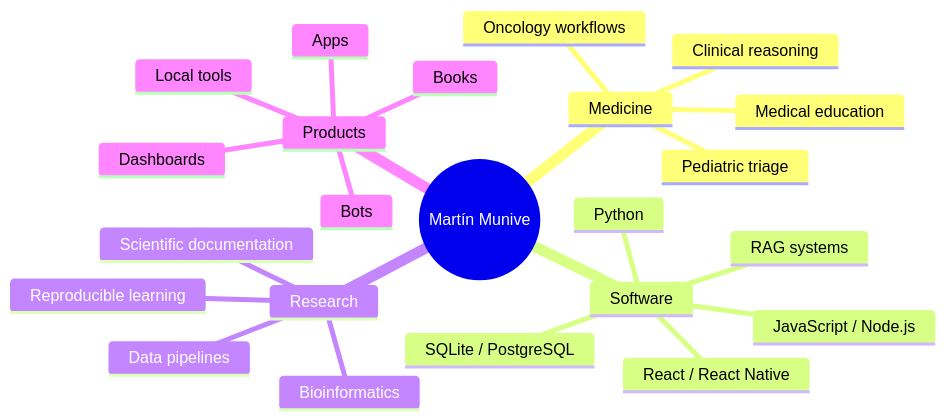
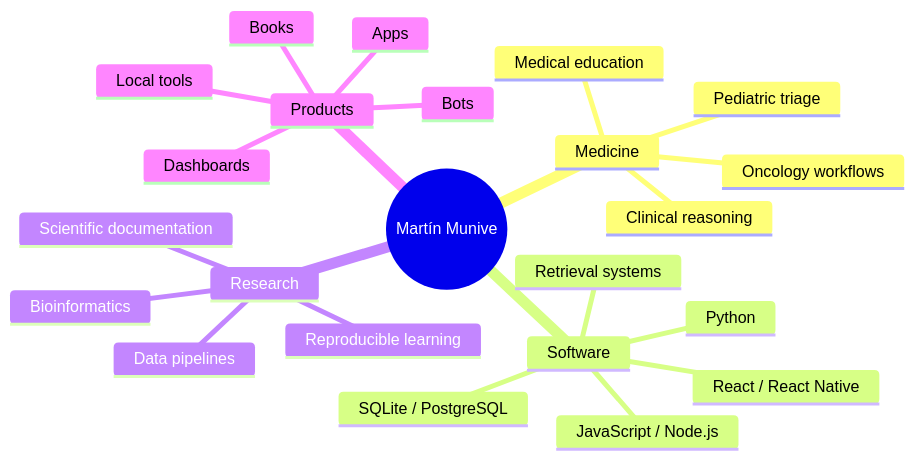
The diagram in README.md (Martin-Munive/Martin-Munive), drawn with Mermaid before and after one commit. The commit also changed other lines of this file and 7 other files, not shown here.

````diff
--- a/README.md
+++ b/README.md
@@ -20,26 +19,26 @@
 ```mermaid
 mindmap
   root((Martín Munive))
     Medicine
       Clinical reasoning
       Oncology workflows
       Pediatric triage
       Medical education
     Software
       Python
       JavaScript / Node.js
       React / React Native
       SQLite / PostgreSQL
-      RAG systems
+      Retrieval systems
     Research
       Bioinformatics
       Scientific documentation
       Data pipelines
       Reproducible learning
     Products
       Apps
       Books
       Bots
       Dashboards
       Local tools
 ```
````
